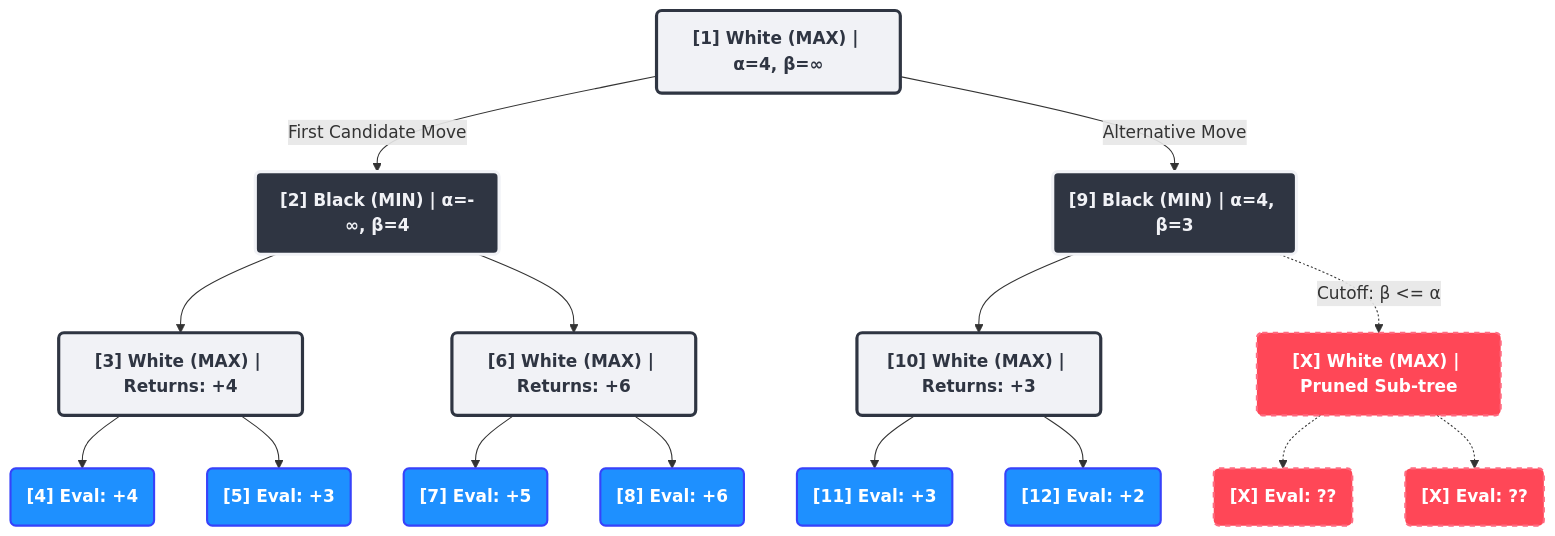
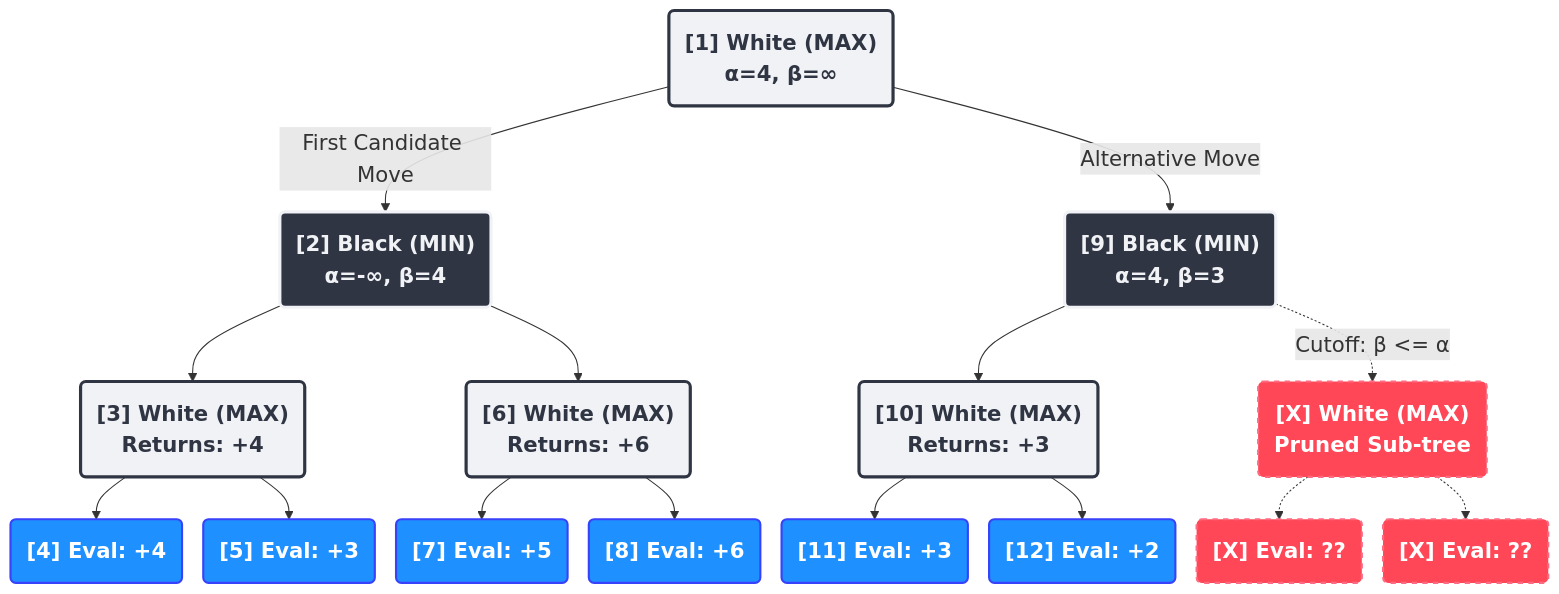
Before and after one commit to swingbit/swingbit.github.io: the diagram in _drafts/quackmate.md, drawn with Mermaid.

Commit message:
use larger fonts in the a-b diagram

````diff
--- a/_drafts/quackmate.md
+++ b/_drafts/quackmate.md
@@ -412,50 +412,58 @@
 ```mermaid
+%%{init: {"flowchart": {"nodeSpacing": 20, "rankSpacing": 40}, "themeVariables": {"fontSize": "20px"}}}%%
 graph TD
     %% Styling definitions
     classDef maxNode fill:#f1f2f6,stroke:#2f3542,stroke-width:3px,color:#2f3542,font-weight:bold;
     classDef minNode fill:#2f3542,stroke:#f1f2f6,stroke-width:3px,color:#f1f2f6,font-weight:bold;
     classDef leafNode fill:#1e90ff,stroke:#3742fa,stroke-width:2px,color:#ffffff,font-weight:bold;
     classDef prunedNode fill:#ff4757,stroke:#ff6b81,stroke-width:2px,color:#ffffff,stroke-dasharray: 5 5,font-weight:bold;
     
-    Root("[1] White (MAX) | α=4, β=∞"):::maxNode
+    Root("[1] White (MAX)
+α=4, β=∞"):::maxNode
     
-    NodeA("[2] Black (MIN) | α=-∞, β=4"):::minNode
-    NodeB("[9] Black (MIN) | α=4, β=3"):::minNode
+    NodeA("[2] Black (MIN)
+α=-∞, β=4"):::minNode
+    NodeB("[9] Black (MIN)
+α=4, β=3"):::minNode
 
-    NodeC("[3] White (MAX) | Returns: +4"):::maxNode
-    NodeD("[6] White (MAX) | Returns: +6"):::maxNode
+    NodeC("[3] White (MAX)
+Returns: +4"):::maxNode
+    NodeD("[6] White (MAX)
+Returns: +6"):::maxNode
     
-    NodeE("[10] White (MAX) | Returns: +3"):::maxNode
-    NodeF("[X] White (MAX) | Pruned Sub-tree"):::prunedNode
+    NodeE("[10] White (MAX)
+Returns: +3"):::maxNode
+    NodeF("[X] White (MAX)
+Pruned Sub-tree"):::prunedNode
 
     Leaf1("[4] Eval: +4"):::leafNode
     Leaf2("[5] Eval: +3"):::leafNode
     Leaf3("[7] Eval: +5"):::leafNode
     Leaf4("[8] Eval: +6"):::leafNode
     
     Leaf5("[11] Eval: +3"):::leafNode
     Leaf6("[12] Eval: +2"):::leafNode
     Leaf7("[X] Eval: ??"):::prunedNode
     Leaf8("[X] Eval: ??"):::prunedNode
 
     Root -->|First Candidate Move| NodeA
     Root -->|Alternative Move| NodeB
     
     NodeA --> NodeC
     NodeA --> NodeD
     
     NodeB --> NodeE
     NodeB -.->|Cutoff: β <= α| NodeF
 
     NodeC --> Leaf1
     NodeC --> Leaf2
     
     NodeD --> Leaf3
     NodeD --> Leaf4
     
     NodeE --> Leaf5
     NodeE --> Leaf6
     
     NodeF -.-> Leaf7
     NodeF -.-> Leaf8
 ```
````
